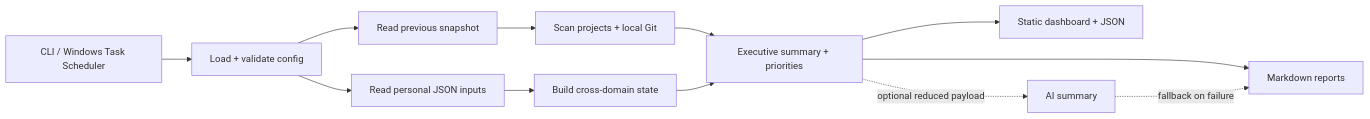
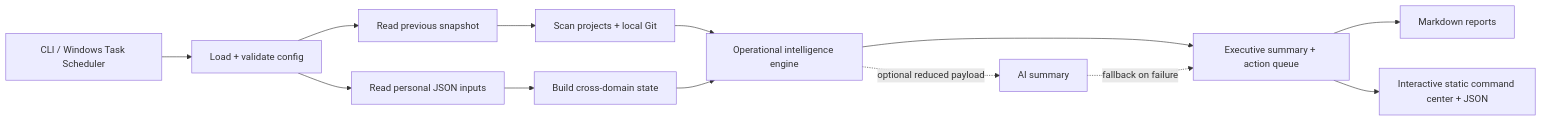
The diagram in README.md (PHENOMVALENCE/Personal-OS), drawn with Mermaid before and after one commit. The commit also changed other lines of this file, not shown here.

Commit message:
docs: document operational intelligence and command center

````diff
--- a/README.md
+++ b/README.md
@@ -62,14 +71,15 @@
 ```mermaid
 flowchart LR
   A[CLI / Windows Task Scheduler] --> B[Load + validate config]
   B --> C[Read previous snapshot]
   B --> D[Read personal JSON inputs]
   C --> E[Scan projects + local Git]
   D --> F[Build cross-domain state]
-  E --> G[Executive summary + priorities]
+  E --> G[Operational intelligence engine]
   F --> G
-  G --> H[Markdown reports]
-  G --> I[Static dashboard + JSON]
+  G --> H[Executive summary + action queue]
+  H --> I[Markdown reports]
+  H --> K[Interactive static command center + JSON]
   G -. optional reduced payload .-> J[AI summary]
   J -. fallback on failure .-> H
 ```
````
